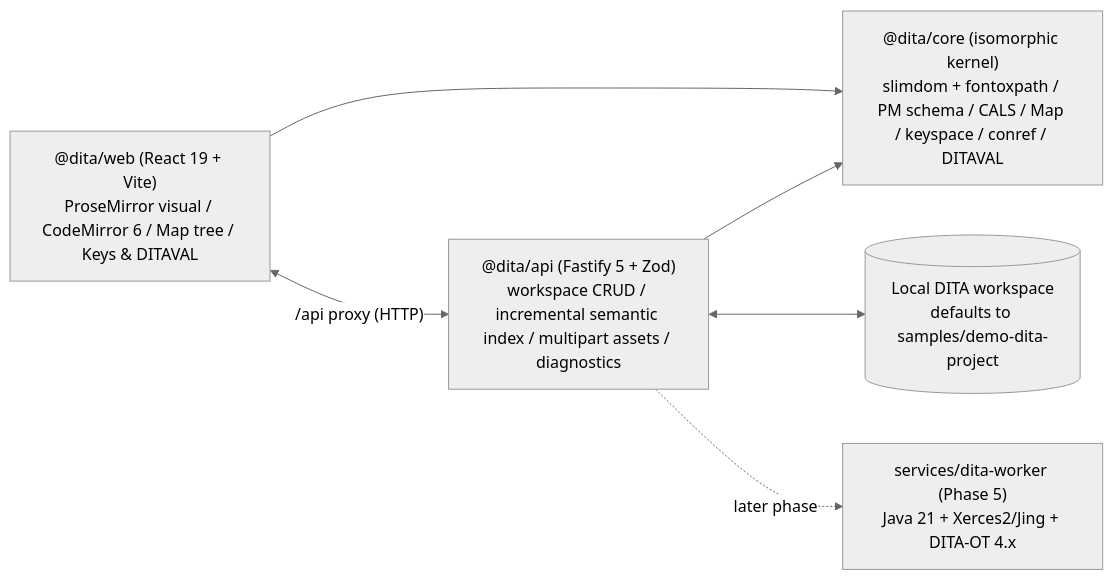
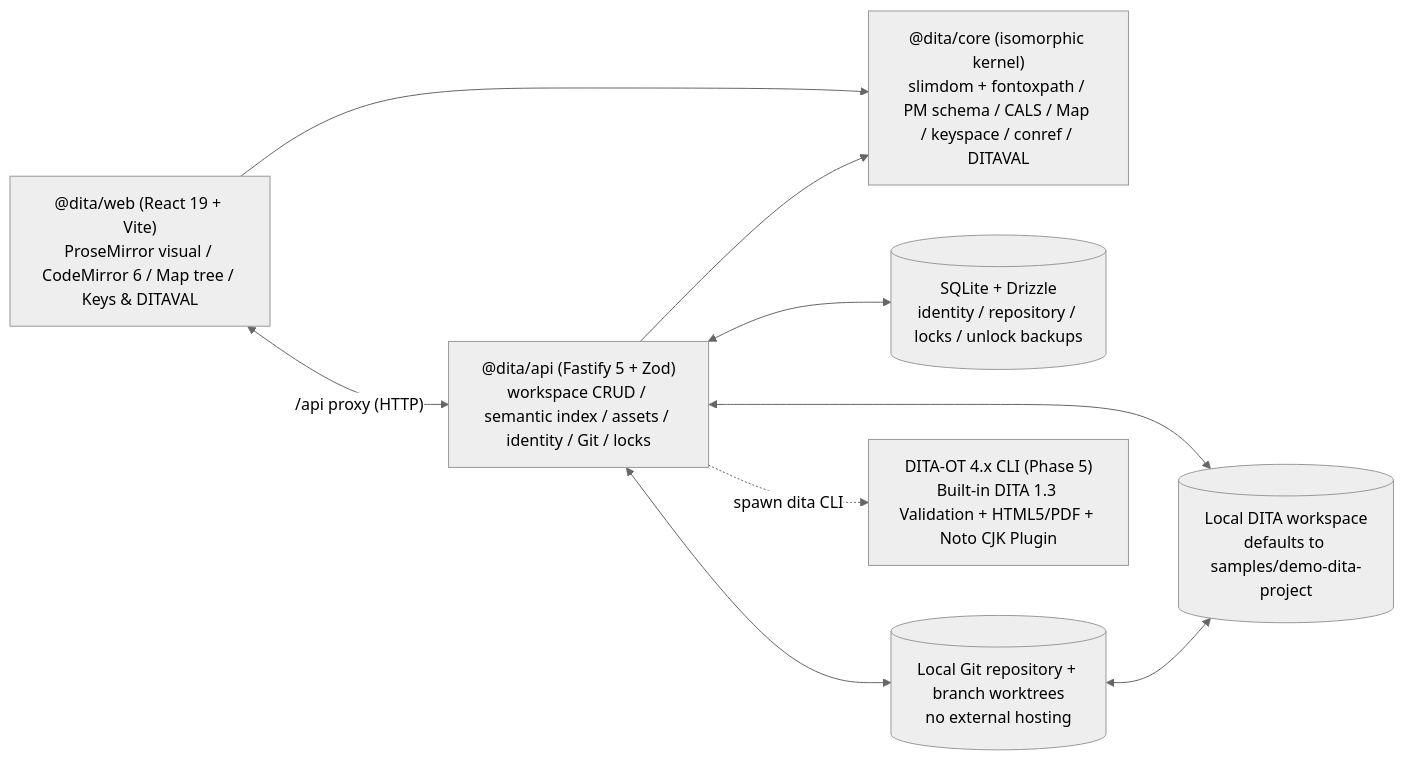
Before and after one commit to Ericfeng84/DITAEditor: the diagram in README.en.md, drawn with Mermaid (neutral theme). The commit also changed other lines of this file and 61 other files, not shown here.

First line of the commit message:
feat(phase4): add local Git, check-out locks, and identity roles

````diff
--- a/README.en.md
+++ b/README.en.md
@@ -91,14 +104,19 @@
 ```mermaid
 flowchart LR
     Web["@dita/web (React 19 + Vite)<br/>ProseMirror visual / CodeMirror 6 / Map tree / Keys & DITAVAL"]
-    API["@dita/api (Fastify 5 + Zod)<br/>workspace CRUD / incremental semantic index / multipart assets / diagnostics"]
+    API["@dita/api (Fastify 5 + Zod)<br/>workspace CRUD / semantic index / assets / identity / Git / locks"]
     Core["@dita/core (isomorphic kernel)<br/>slimdom + fontoxpath / PM schema / CALS / Map / keyspace / conref / DITAVAL"]
     FS[("Local DITA workspace<br/>defaults to samples/demo-dita-project")]
-    Worker["services/dita-worker (Phase 5)<br/>Java 21 + Xerces2/Jing + DITA-OT 4.x"]
+    DB[("SQLite + Drizzle<br/>identity / repository / locks / unlock backups")]
+    GIT[("Local Git repository + branch worktrees<br/>no external hosting")]
+    CLI["DITA-OT 4.x CLI (Phase 5)<br/>Built-in DITA 1.3 Validation + HTML5/PDF + Noto CJK Plugin"]
 
     Web <-->|"/api proxy (HTTP)"| API
     Web --> Core
     API --> Core
     API <--> FS
-    API -.->|"later phase"| Worker
+    API <--> DB
+    API <--> GIT
+    GIT <--> FS
+    API -.->|"spawn dita CLI"| CLI
 ```
````
